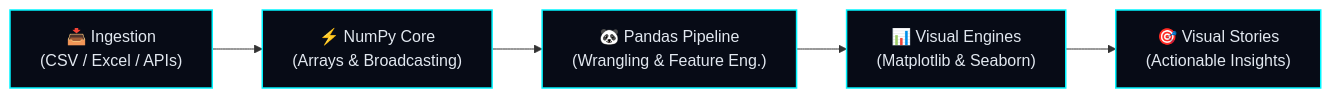
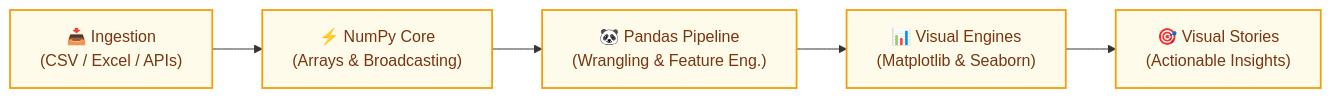
Before and after one commit to 24pwai0015-max/data-analytics: the diagram in README.md, drawn with Mermaid. The commit also changed other lines of this file and 4 other files, not shown here.

````diff
--- a/README.md
+++ b/README.md
@@ -46,10 +44,10 @@
 ```mermaid
 flowchart LR
     A["📥 Ingestion<br/>(CSV / Excel / APIs)"] --> B["⚡ NumPy Core<br/>(Arrays & Broadcasting)"]
     B --> C["🐼 Pandas Pipeline<br/>(Wrangling & Feature Eng.)"]
     C --> D["📊 Visual Engines<br/>(Matplotlib & Seaborn)"]
     D --> E["🎯 Visual Stories<br/>(Actionable Insights)"]
 
-    classDef stage fill:#070b16,stroke:#00f5ff,stroke-width:1.5px,color:#e2e8f0;
-    class A,B,C,D,E stage;
+    classDef amberStage fill:#FFFBEB,stroke:#F59E0B,stroke-width:1.8px,color:#78350F;
+    class A,B,C,D,E amberStage;
 ```
````
